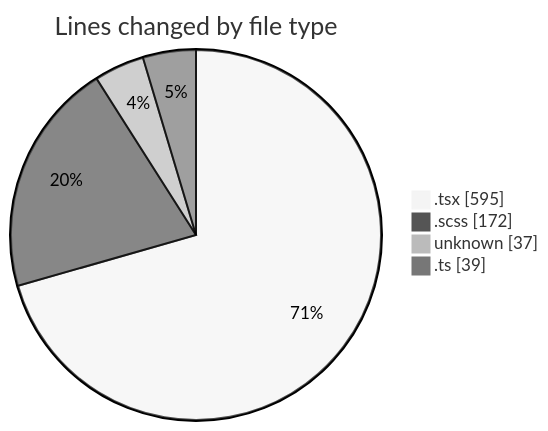
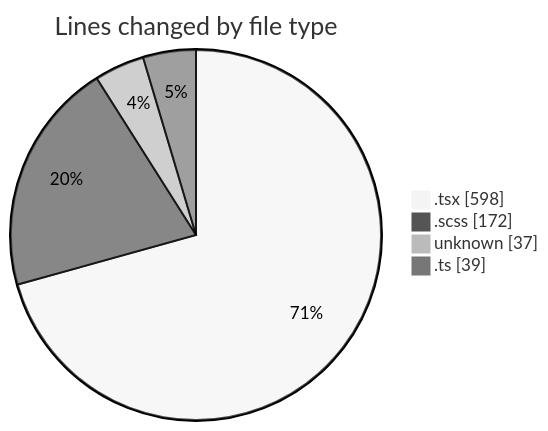
Before and after one commit to momahboobian/code-tracking: the first of 2 diagrams in 2025-09-16/cda/README.md, drawn with Mermaid (neutral theme). The commit also changed other lines of this file and 1 other file, not shown here.

````diff
--- a/2025-09-16/cda/README.md
+++ b/2025-09-16/cda/README.md
@@ -24,8 +24,8 @@
 ```mermaid
 pie showData
 title Lines changed by file type
-".tsx" : 595
+".tsx" : 598
 ".scss" : 172
 "unknown" : 37
 ".ts" : 39
 ```
````
